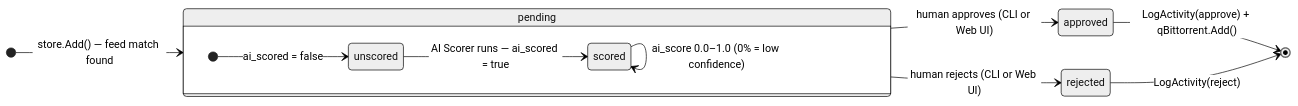
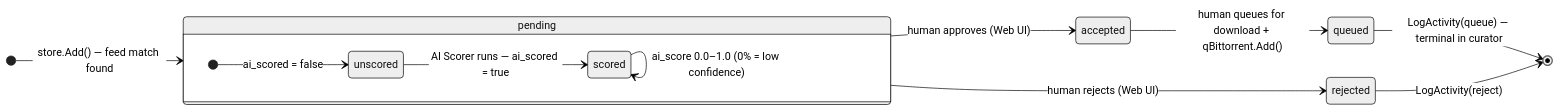
One commit to killakam3084/rss-curator changed the second of 3 diagrams in docs/ARCHITECTURE.md. Above: the diagram before and after it, drawn with Mermaid (neutral theme). The commit also changed 1 other file, not shown here.

Commit message:
docs: add qBittorrent status integration roadmap note + update state machine
- FIELD_NOTES.md: new 'Roadmap / Deferred Ideas' section documenting the
  download-status polling idea — design tension, recommended scope, and
  relevant qBittorrent API pointers
- ARCHITECTURE.md: update torrent state machine diagram to reflect
  pending → accepted → queued progression (replaces stale 'approved' label)

````diff
--- a/docs/ARCHITECTURE.md
+++ b/docs/ARCHITECTURE.md
@@ -51,18 +51,19 @@
 ```mermaid
 stateDiagram-v2
     direction LR
     [*] --> pending : store.Add() — feed match found
 
     state pending {
         direction LR
         [*] --> unscored : ai_scored = false
         unscored --> scored : AI Scorer runs — ai_scored = true
         scored --> scored : ai_score 0.0–1.0 (0% = low confidence)
     }
 
-    pending --> approved : human approves (CLI or Web UI)
-    pending --> rejected : human rejects (CLI or Web UI)
+    pending --> accepted : human approves (Web UI)
+    pending --> rejected : human rejects (Web UI)
 
-    approved --> [*] : LogActivity(approve) + qBittorrent.Add()
-    rejected --> [*] : LogActivity(reject)
+    accepted --> queued  : human queues for download + qBittorrent.Add()
+    queued  --> [*]      : LogActivity(queue) — terminal in curator
+    rejected --> [*]     : LogActivity(reject)
 ```
````
